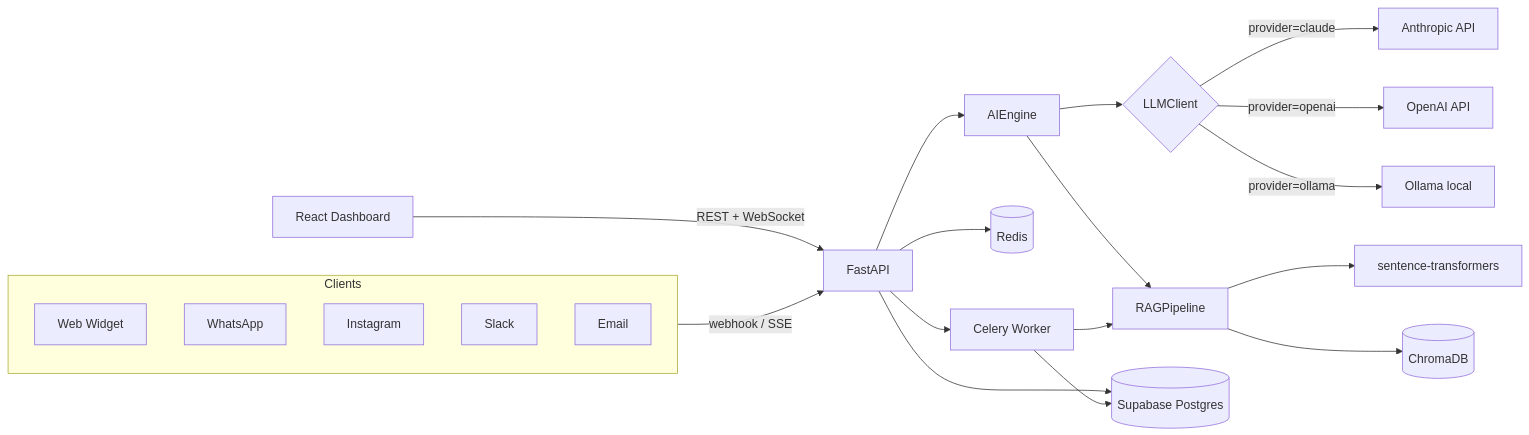
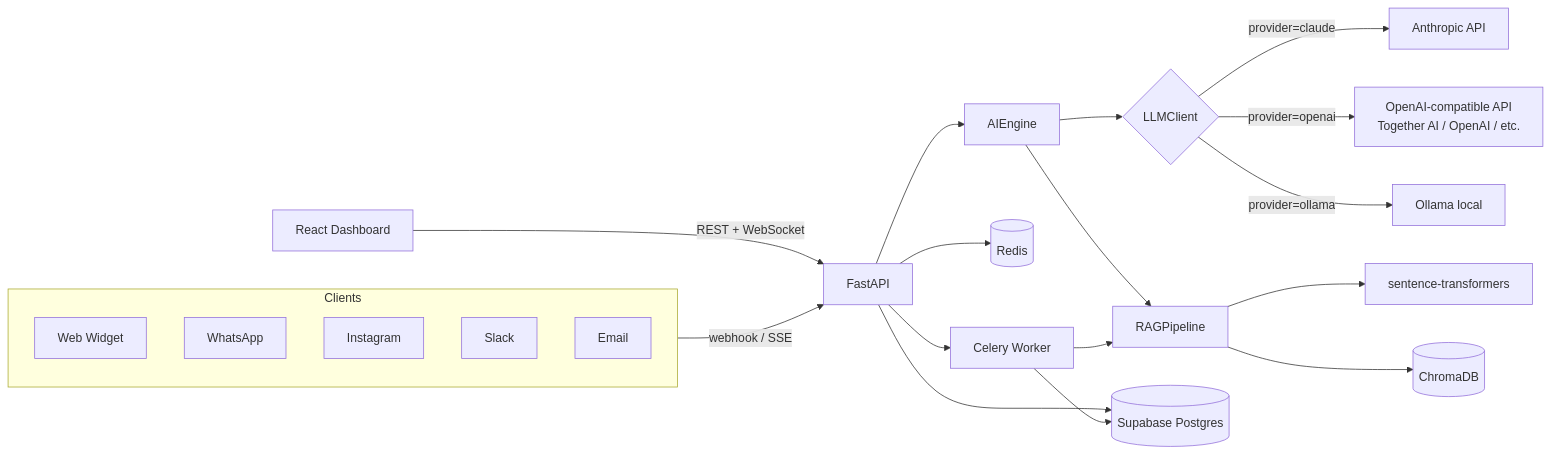
The diagram in README.md (Aniketsingh12/Lumia), drawn with Mermaid before and after one commit. The commit also changed other lines of this file, not shown here.

````diff
--- a/README.md
+++ b/README.md
@@ -21,30 +20,30 @@
 ```mermaid
 flowchart LR
     subgraph Clients
         W[Web Widget]
         WA[WhatsApp]
         IG[Instagram]
         SL[Slack]
         EM[Email]
     end
 
     Clients -->|webhook / SSE| API[FastAPI]
 
     API --> AE[AIEngine]
     AE --> LLM{LLMClient}
     LLM -->|provider=claude| C[Anthropic API]
-    LLM -->|provider=openai| O[OpenAI API]
+    LLM -->|provider=openai| O[OpenAI-compatible API<br/>Together AI / OpenAI / etc.]
     LLM -->|provider=ollama| OL[Ollama local]
 
     AE --> RAG[RAGPipeline]
     RAG --> EMB[sentence-transformers]
     RAG --> CH[(ChromaDB)]
 
     API --> SB[(Supabase Postgres)]
     API --> RD[(Redis)]
     API --> CW[Celery Worker]
     CW --> RAG
     CW --> SB
 
     UI[React Dashboard] -->|REST + WebSocket| API
 ```
````
